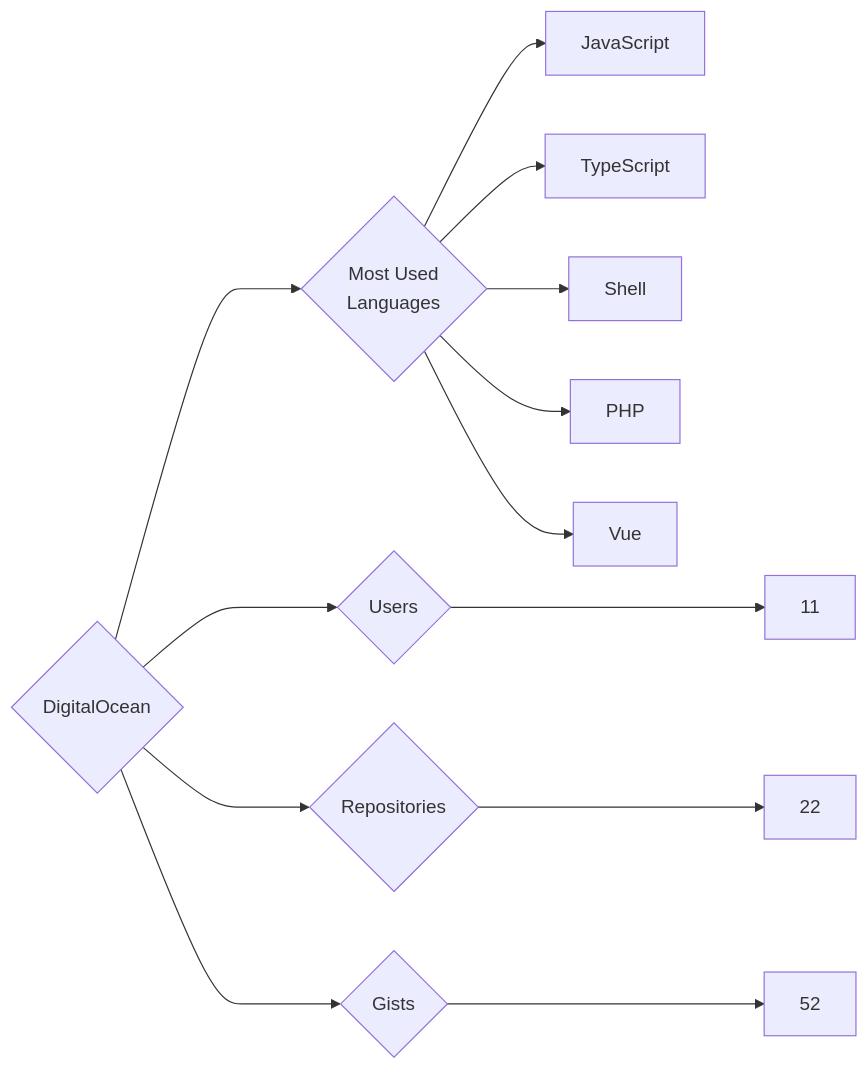
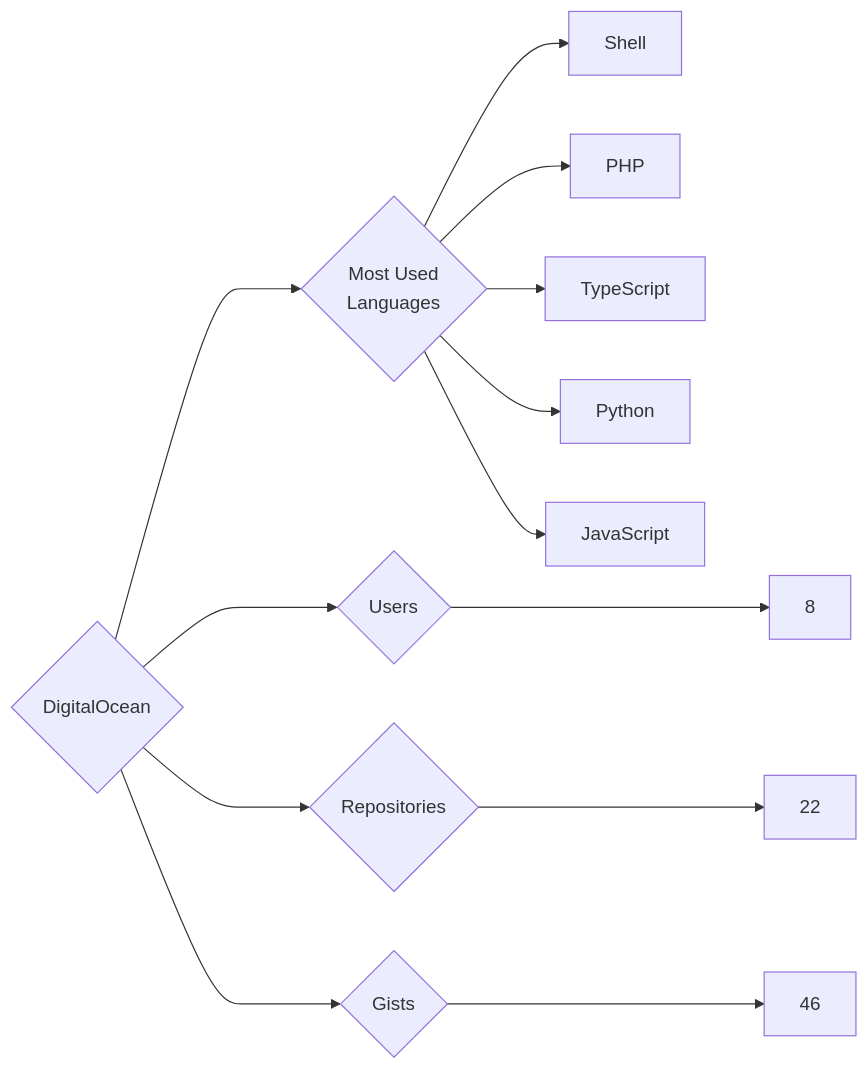
Before and after one commit to trickest/insiders: the diagram in targets/DigitalOcean/README.md, drawn with Mermaid. The commit also changed 1141 other files, not shown here.

````diff
--- a/targets/DigitalOcean/README.md
+++ b/targets/DigitalOcean/README.md
@@ -3,13 +3,13 @@
 ```mermaid
 graph LR
 COMPANY_NAME{DigitalOcean}
-COMPANY_NAME ---> U{Users} ---> UN[11]
+COMPANY_NAME ---> U{Users} ---> UN[8]
 COMPANY_NAME ---> R{Repositories} ---> RN[22]
-COMPANY_NAME ---> G{Gists} ---> GN[52]
+COMPANY_NAME ---> G{Gists} ---> GN[46]
 COMPANY_NAME ---> ML{Most Used<br>Languages}
-ML --> JavaScript[JavaScript]
-ML --> TypeScript[TypeScript]
 ML --> Shell[Shell]
 ML --> PHP[PHP]
-ML --> Vue[Vue]
+ML --> TypeScript[TypeScript]
+ML --> Python[Python]
+ML --> JavaScript[JavaScript]
 ```
````
